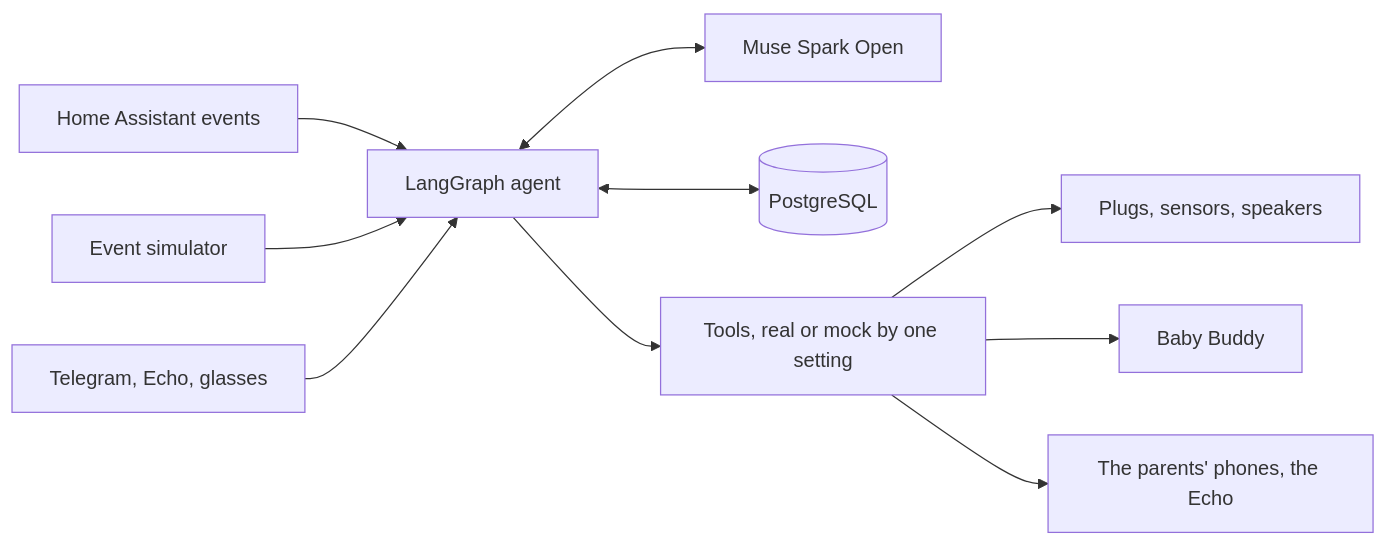
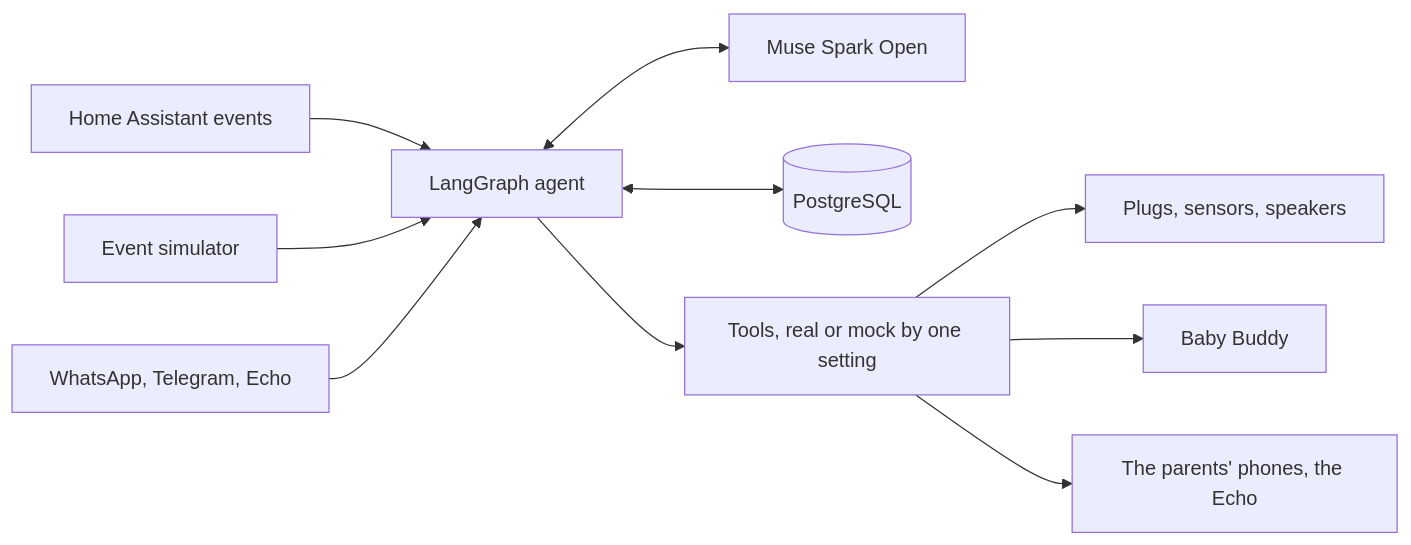
One commit to gonzalomelov/theos-house changed the diagram in README.md. Above: the diagram before and after it, drawn with Mermaid. The commit also changed other lines of this file and 50 other files, not shown here.

````diff
--- a/README.md
+++ b/README.md
@@ -34,12 +54,12 @@
 ```mermaid
 flowchart LR
   ha[Home Assistant events] --> core
   sim[Event simulator] --> core
-  msg[Telegram, Echo, glasses] --> core
+  msg[WhatsApp, Telegram, Echo] --> core
   core[LangGraph agent] <--> muse[Muse Spark Open]
   core <--> pg[(PostgreSQL)]
   core --> tools[Tools, real or mock by one setting]
   tools --> home[Plugs, sensors, speakers]
   tools --> log[Baby Buddy]
   tools --> people[The parents' phones, the Echo]
 ```
````
